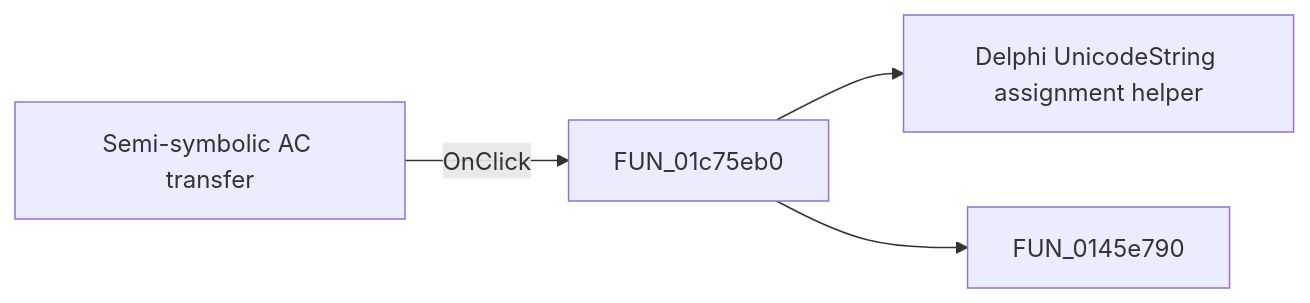
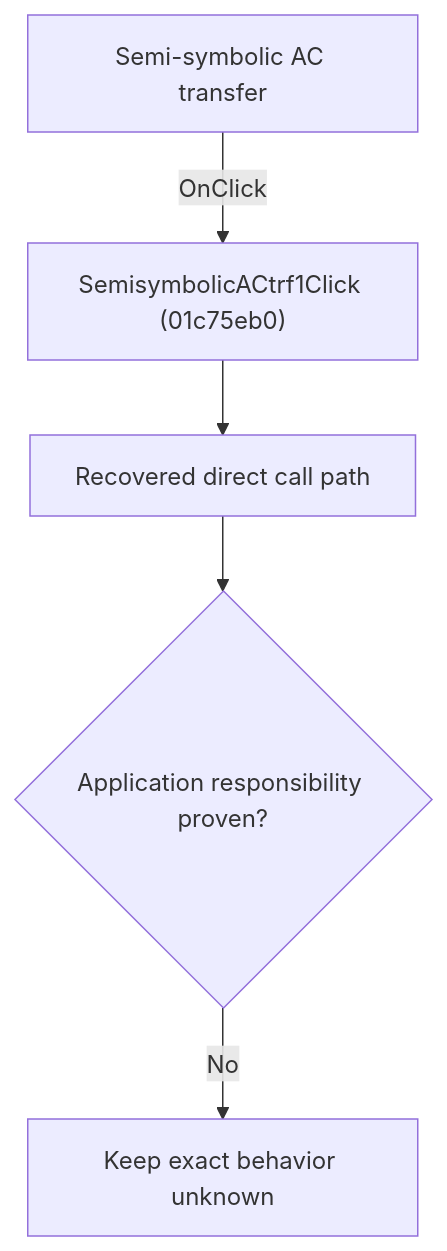
One commit to MovGP0/TIARA changed the diagram in docs/ui-controls/schematiceditor/semisymbolicactrf1-9bf42ca737.md. Above: the diagram before and after it, drawn with Mermaid. The commit also changed other lines of this file and 1062 other files, not shown here.

````diff
--- a/docs/ui-controls/schematiceditor/semisymbolicactrf1-9bf42ca737.md
+++ b/docs/ui-controls/schematiceditor/semisymbolicactrf1-9bf42ca737.md
@@ -27,6 +27,7 @@
 ```mermaid
-flowchart LR
-    control["Semi-symbolic AC transfer"] -->|OnClick| handler["FUN_01c75eb0"]
-    handler --> call1["Delphi UnicodeString assignment helper"]
-    handler --> call2["FUN_0145e790"]
+flowchart TD
+    control["Semi-symbolic AC transfer"] -->|"OnClick"| handler["SemisymbolicACtrf1Click (01c75eb0)"]
+    handler --> recovered["Recovered direct call path"]
+    recovered --> gap{"Application responsibility proven?"}
+    gap -->|"No"| blocked["Keep exact behavior unknown"]
 ```
````
